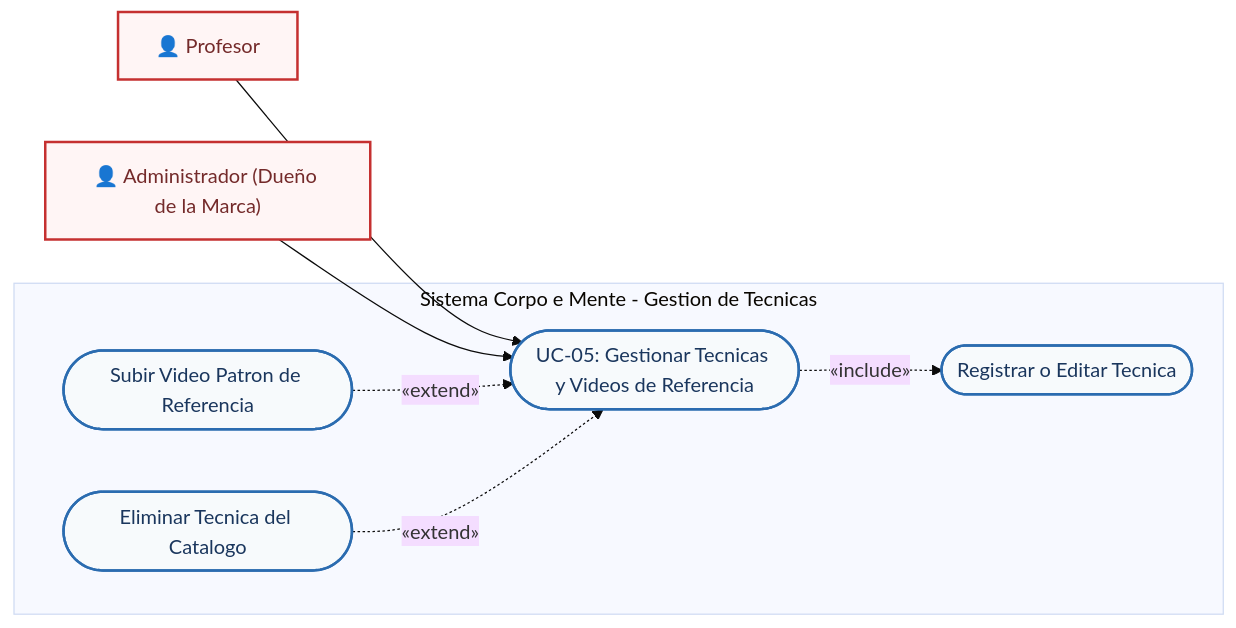
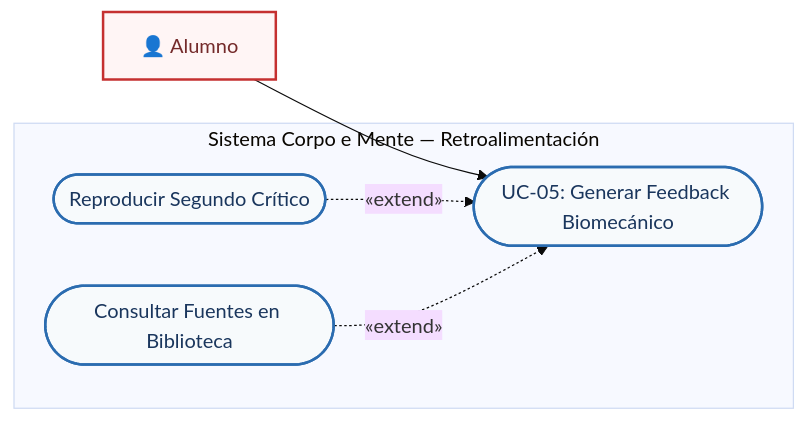
Before and after one commit to Tsmrain/JiuJitsu: the diagram in docs/diagramas/codigo/cu05_caso_uso.mmd, drawn with Mermaid (base theme). The commit also changed 117 other files, not shown here.

Commit message:
docs: actualizar ProyectoGrado.docx y diagramas UML (Capitulo V y VI)

```diff
--- a/docs/diagramas/codigo/cu05_caso_uso.mmd
+++ b/docs/diagramas/codigo/cu05_caso_uso.mmd
@@ -1,19 +1,15 @@
 flowchart LR
     classDef actor fill:#FFF5F5,stroke:#C53030,color:#742A2A,stroke-width:2px
     classDef usecase fill:#F7FAFC,stroke:#2B6CB0,color:#1A365D,stroke-width:2px
 
-    PR["👤 Profesor"]:::actor
-    AD["👤 Administrador (Dueño de la Marca)"]:::actor
+    AL["👤 Alumno"]:::actor
 
-    subgraph Sistema["Sistema Corpo e Mente - Gestion de Tecnicas"]
-        UC05(["UC-05: Gestionar Tecnicas y Videos de Referencia"]):::usecase
-        UC05_Alta(["Registrar o Editar Tecnica"]):::usecase
-        UC05_Vid(["Subir Video Patron de Referencia"]):::usecase
-        UC05_Del(["Eliminar Tecnica del Catalogo"]):::usecase
+    subgraph Sistema["Sistema Corpo e Mente — Retroalimentación"]
+        UC05(["UC-05: Generar Feedback Biomecánico"]):::usecase
+        REP(["Reproducir Segundo Crítico"]):::usecase
+        BIB(["Consultar Fuentes en Biblioteca"]):::usecase
     end
 
-    PR --> UC05
-    AD --> UC05
-    UC05 -.->|"«include»"| UC05_Alta
-    UC05_Vid -.->|"«extend»"| UC05
-    UC05_Del -.->|"«extend»"| UC05
+    AL --> UC05
+    REP -.->|"«extend»"| UC05
+    BIB -.->|"«extend»"| UC05
```
